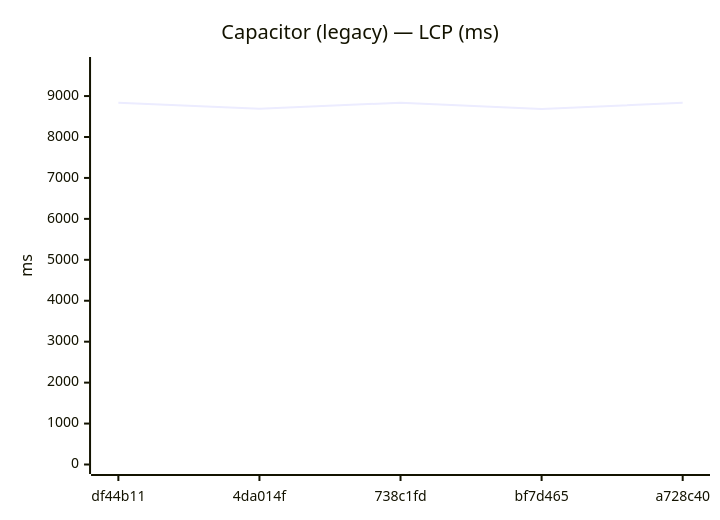
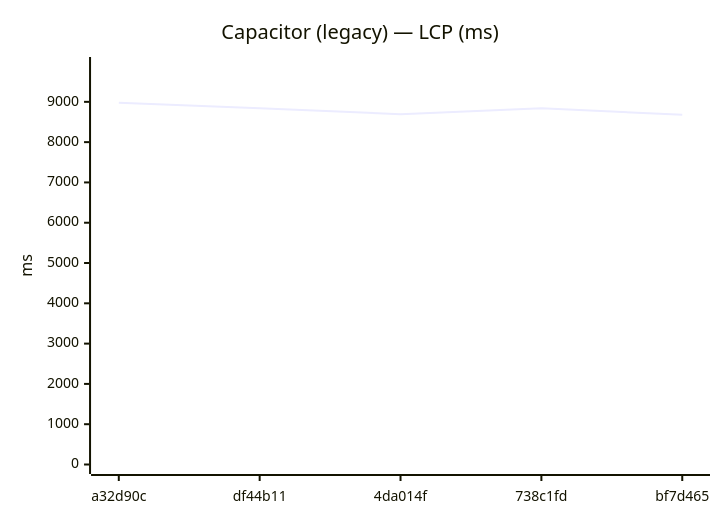
Diagram 13 of 24 in benchmarks/compare.md (Metaheurist/Rianell), drawn with Mermaid before and after one commit. The commit also changed other lines of this file and 12 other files, not shown here.

````diff
--- a/benchmarks/compare.md
+++ b/benchmarks/compare.md
@@ -194,7 +194,7 @@
 ```mermaid
 xychart-beta
     title "Capacitor (legacy) — LCP (ms)"
-    x-axis ["df44b11", "4da014f", "738c1fd", "bf7d465", "a728c40"]
-    y-axis "ms" 0 --> 9722
-    line [8838, 8693, 8838, 8681, 8837]
+    x-axis ["a32d90c", "df44b11", "4da014f", "738c1fd", "bf7d465"]
+    y-axis "ms" 0 --> 9877
+    line [8979, 8838, 8693, 8838, 8681]
 ```
````
